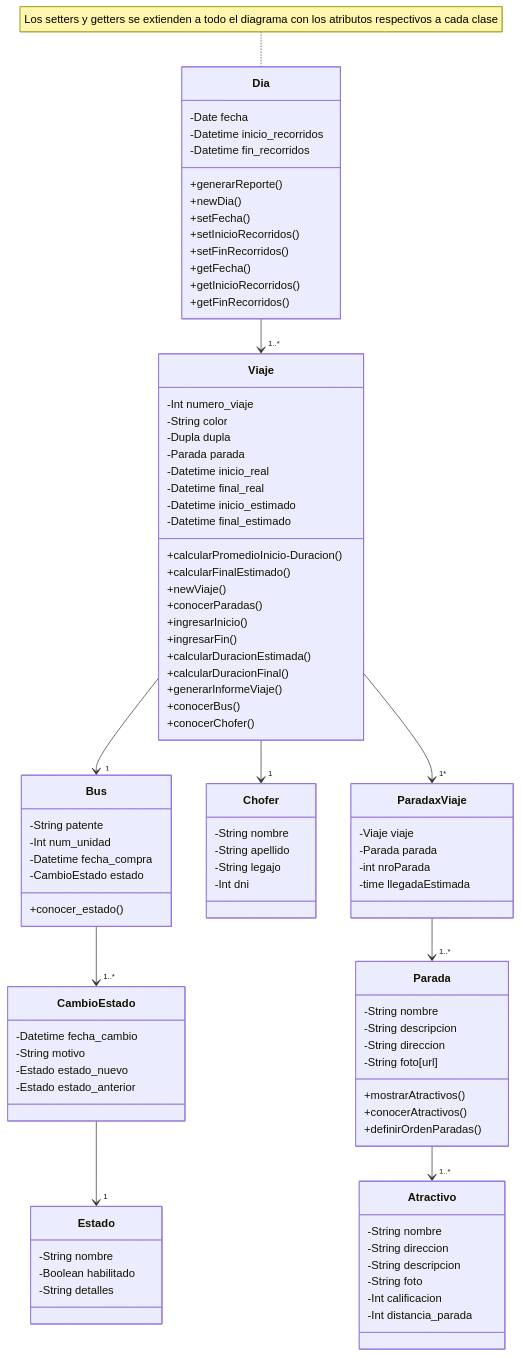
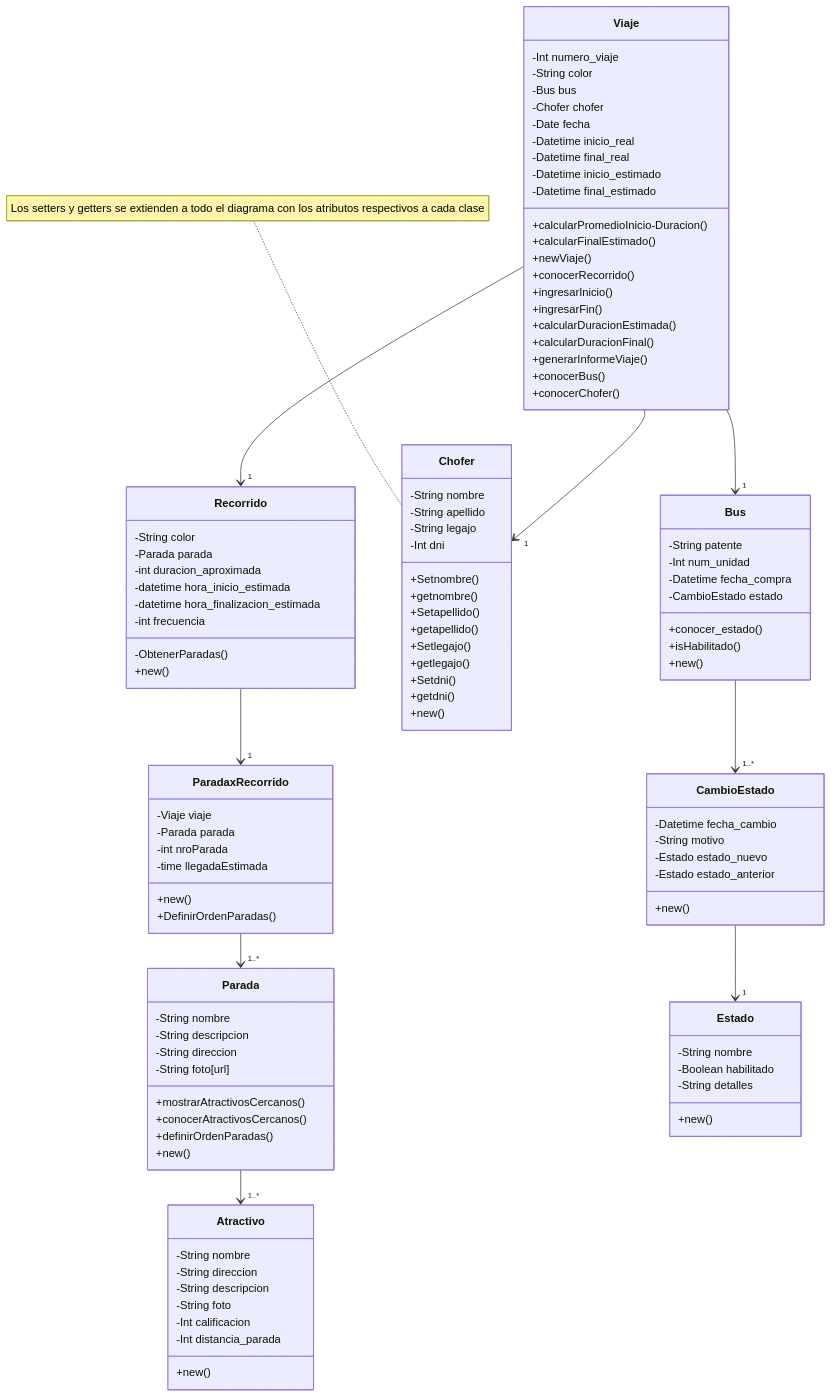
One commit to Abril-Teo/BusTuristico changed the diagram in README.md. Above: the diagram before and after it, drawn with Mermaid.

Commit message:
Diagrama de clases finalizado

````diff
--- a/README.md
+++ b/README.md
@@ -7,23 +7,34 @@
 ```mermaid
 classDiagram
+    Viaje --> "1" Bus
+    Viaje --> "1" Chofer
+    
+    Bus --> "1..*" CambioEstado
+    Viaje --> "1" Recorrido
+    Recorrido --> "1" ParadaxRecorrido
+    ParadaxRecorrido --> "1..*" Parada
+    Parada --> "1..*" Atractivo
+    CambioEstado --> "1" Estado
 
-Dia --> "1..*" Viaje
-Viaje --> "1" Bus
-Viaje --> "1" Chofer
-
-Bus --> "1..*" CambioEstado
-Viaje --> "1*" ParadaxViaje
-ParadaxViaje --> "1..*" Parada
-Parada --> "1..*" Atractivo
-CambioEstado --> "1" Estado
+    class Recorrido{
+        -String color
+        -Parada parada
+        -int duracion_aproximada
+        -datetime hora_inicio_estimada
+        -datetime hora_finalizacion_estimada
+        -int frecuencia
+        -ObtenerParadas()
+        +new()
+    }
     class Parada{
         -String nombre
         -String descripcion
         -String direccion
         -String foto[url]
-        +mostrarAtractivos()
-        +conocerAtractivos()
+        +mostrarAtractivosCercanos()
+        +conocerAtractivosCercanos()
         +definirOrdenParadas()
+        +new()
     }
     class Atractivo{
         -String nombre
@@ -32,6 +43,7 @@
         -String foto
         -Int calificacion
         -Int distancia_parada
+        +new()
     }
     class Bus{
         -String patente
@@ -39,44 +51,46 @@
         -Datetime fecha_compra
         -CambioEstado estado
         +conocer_estado()
+        +isHabilitado()
+        +new()
+
     }
     class CambioEstado{
         -Datetime fecha_cambio
         -String motivo
         -Estado estado_nuevo
         -Estado estado_anterior
+        +new()
     }
     class Estado{
         -String nombre
         -Boolean habilitado
         -String detalles
+        +new()
     }
     class Chofer{
         -String nombre
         -String apellido
         -String legajo
         -Int dni
+        +Setnombre()
+        +getnombre()
+        +Setapellido()
+        +getapellido()
+        +Setlegajo()
+        +getlegajo()
+        +Setdni()
+        +getdni()
+        +new()
     }
-    class Dia {
-        -Date fecha
-        -Datetime inicio_recorridos
-        -Datetime fin_recorridos
-        +generarReporte()
-        +newDia()
-        +setFecha()
-        +setInicioRecorridos()
-        +setFinRecorridos()
-        +getFecha()
-        +getInicioRecorridos()
-        +getFinRecorridos()
-    }
-    note for Dia "Los setters y getters se extienden a todo el diagrama con los atributos respectivos a cada clase"
+    note for Chofer "Los setters y getters se extienden a todo el diagrama con los atributos respectivos a cada clase"
 
     class Viaje {
         -Int numero_viaje
         -String color
-        -Dupla dupla
-        -Parada parada
+        -Bus bus
+        -Chofer chofer
+        -Date fecha
         -Datetime inicio_real
         -Datetime final_real
         -Datetime inicio_estimado
@@ -84,7 +98,7 @@
         +calcularPromedioInicio-Duracion()
         +calcularFinalEstimado()
         +newViaje()
-        +conocerParadas()
+        +conocerRecorrido()
         +ingresarInicio()
         +ingresarFin()
         +calcularDuracionEstimada()
@@ -94,10 +108,12 @@
         +conocerChofer()
     }
 
-    class ParadaxViaje {
+    class ParadaxRecorrido {
         -Viaje viaje
         -Parada parada
         -int nroParada
         -time llegadaEstimada
+        +new()
+        +DefinirOrdenParadas()
     }
 ```
````
